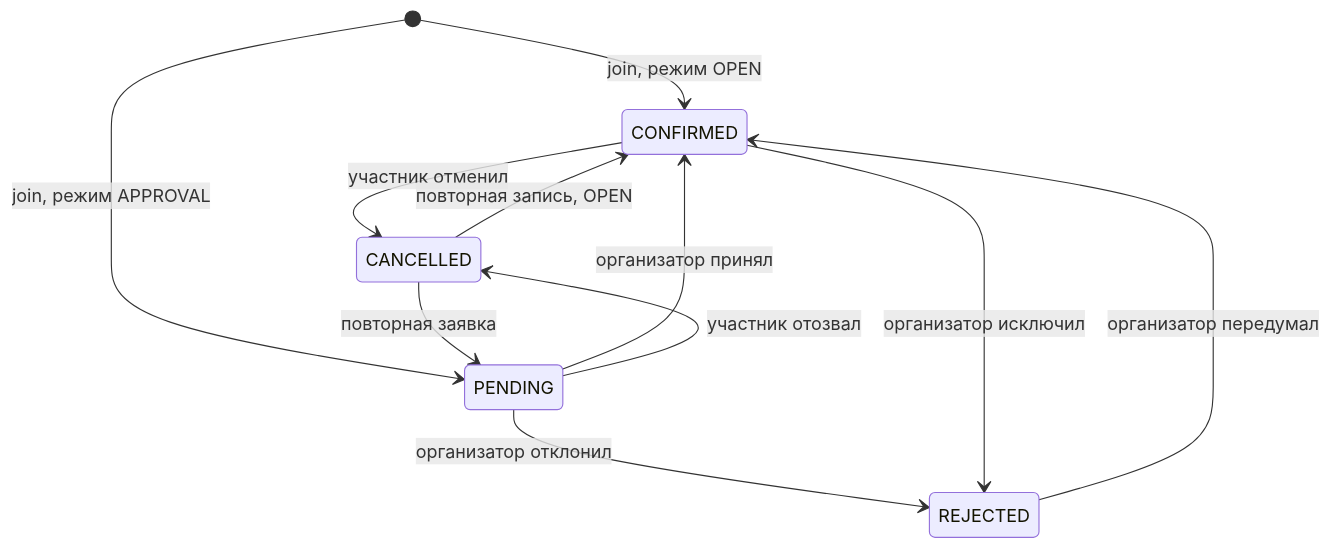
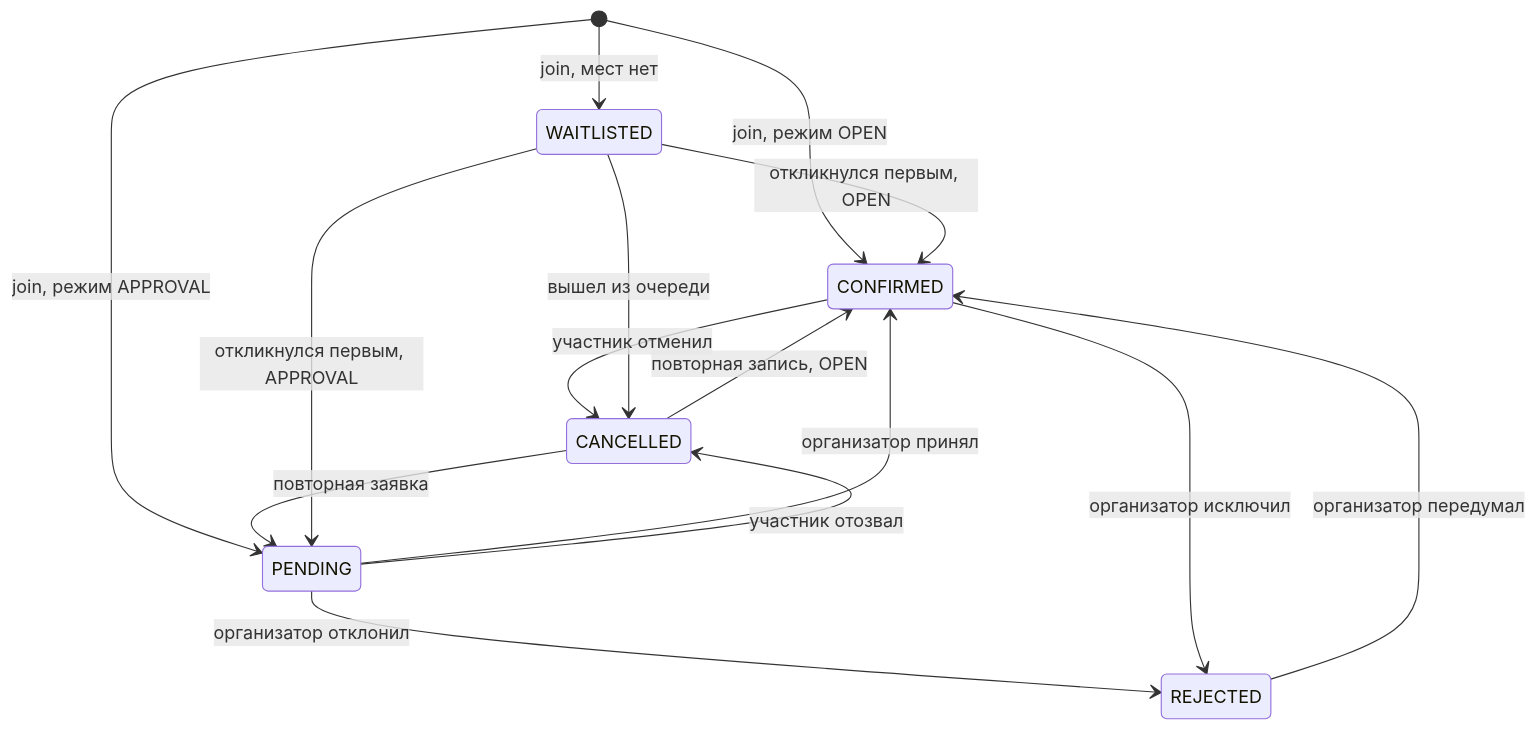
Before and after one commit to Re-Hub-TUSUR/fsp_finals_2026: the second of 2 diagrams in docs-zensical/docs/technical/architecture.md, drawn with Mermaid. The commit also changed other lines of this file and 31 other files, not shown here.

Commit message:
docs: refresh READMEs, architecture, Swagger and PDF for waitlist, notifications, reminders, recurring events and onboarding

````diff
--- a/docs-zensical/docs/technical/architecture.md
+++ b/docs-zensical/docs/technical/architecture.md
@@ -76,13 +78,17 @@
 ```mermaid
 stateDiagram-v2
     [*] --> CONFIRMED: join, режим OPEN
     [*] --> PENDING: join, режим APPROVAL
     PENDING --> CONFIRMED: организатор принял
     PENDING --> REJECTED: организатор отклонил
     CONFIRMED --> REJECTED: организатор исключил
     REJECTED --> CONFIRMED: организатор передумал
     PENDING --> CANCELLED: участник отозвал
     CONFIRMED --> CANCELLED: участник отменил
     CANCELLED --> PENDING: повторная заявка
     CANCELLED --> CONFIRMED: повторная запись, OPEN
+    [*] --> WAITLISTED: join, мест нет
+    WAITLISTED --> CONFIRMED: откликнулся первым, OPEN
+    WAITLISTED --> PENDING: откликнулся первым, APPROVAL
+    WAITLISTED --> CANCELLED: вышел из очереди
 ```
````
